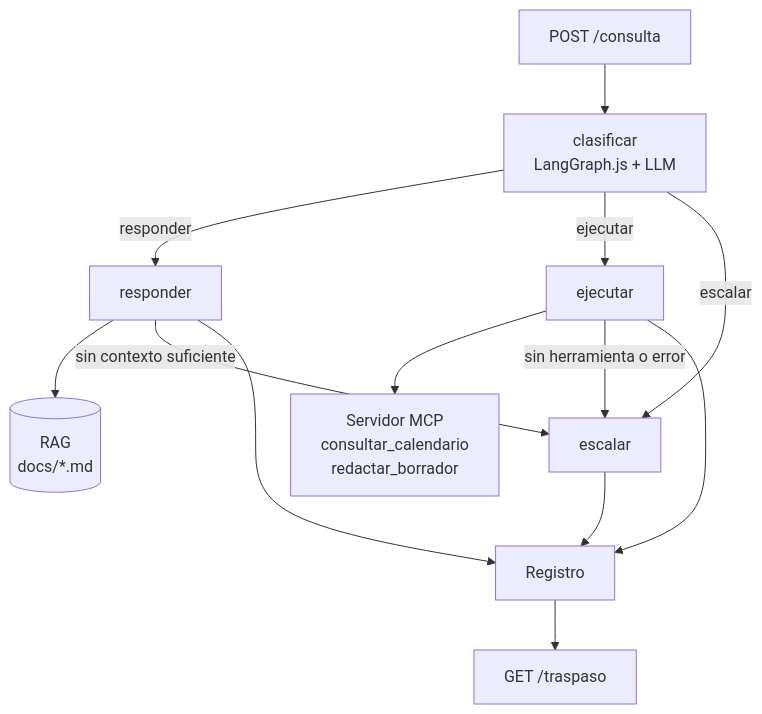
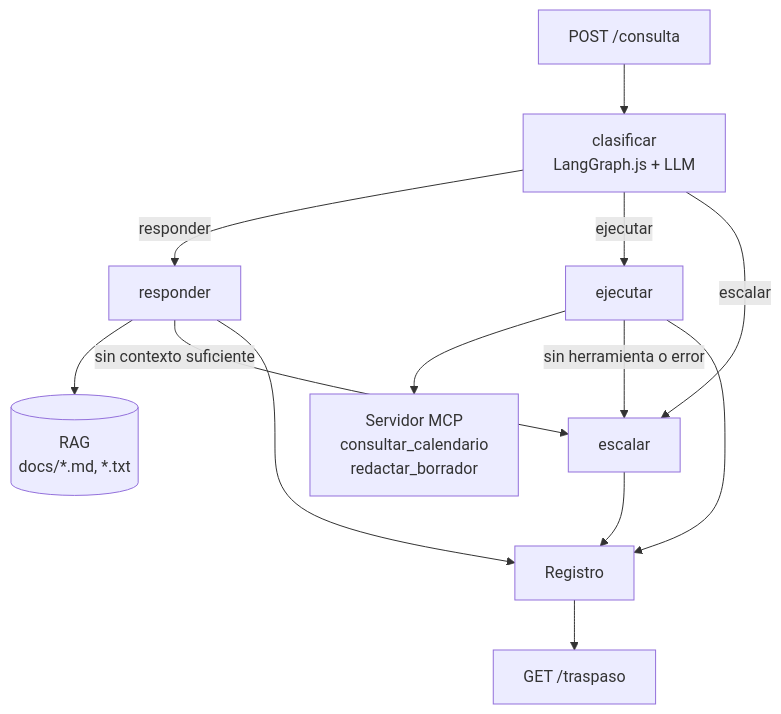
Before and after one commit to Guidoher18/ai-day-challenge: the diagram in README.md, drawn with Mermaid. The commit also changed other lines of this file and 1 other file, not shown here.

````diff
--- a/README.md
+++ b/README.md
@@ -18,15 +18,15 @@
 ```mermaid
 flowchart TD
   A[POST /consulta] --> B[clasificar<br/>LangGraph.js + LLM]
   B -->|responder| C[responder]
   B -->|ejecutar| D[ejecutar]
   B -->|escalar| E[escalar]
-  C --> F[(RAG<br/>docs/*.md)]
+  C --> F[(RAG<br/>docs/*.md, *.txt)]
   C -->|sin contexto suficiente| E
   D --> G[Servidor MCP<br/>consultar_calendario<br/>redactar_borrador]
   D -->|sin herramienta o error| E
   C --> H[Registro]
   D --> H
   E --> H
   H --> I[GET /traspaso]
 ```
````
